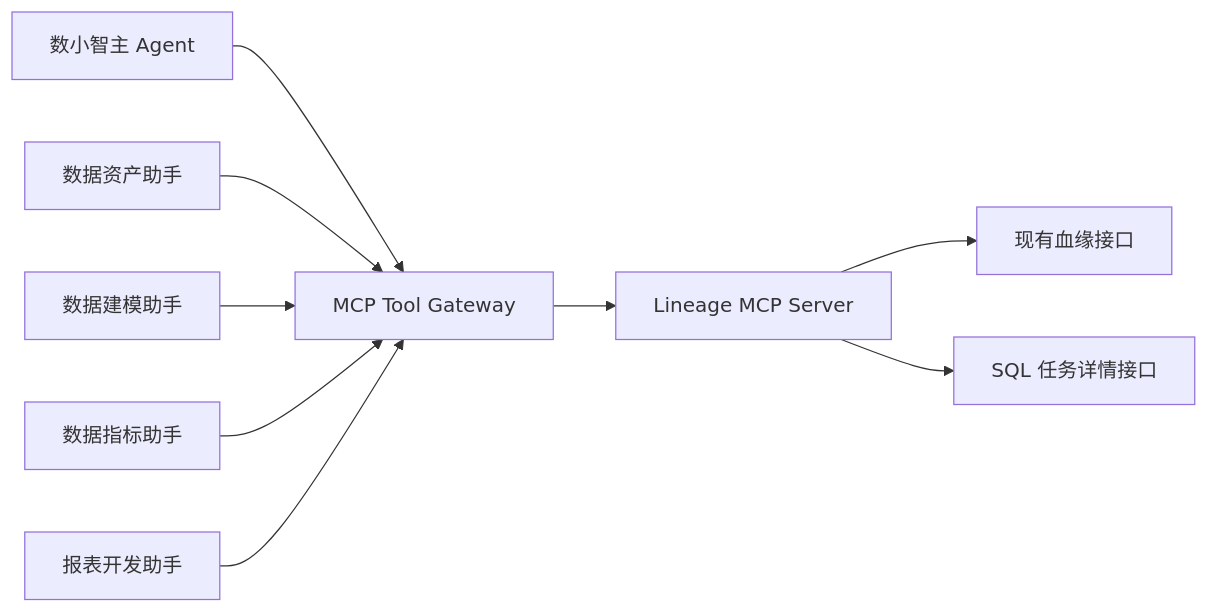
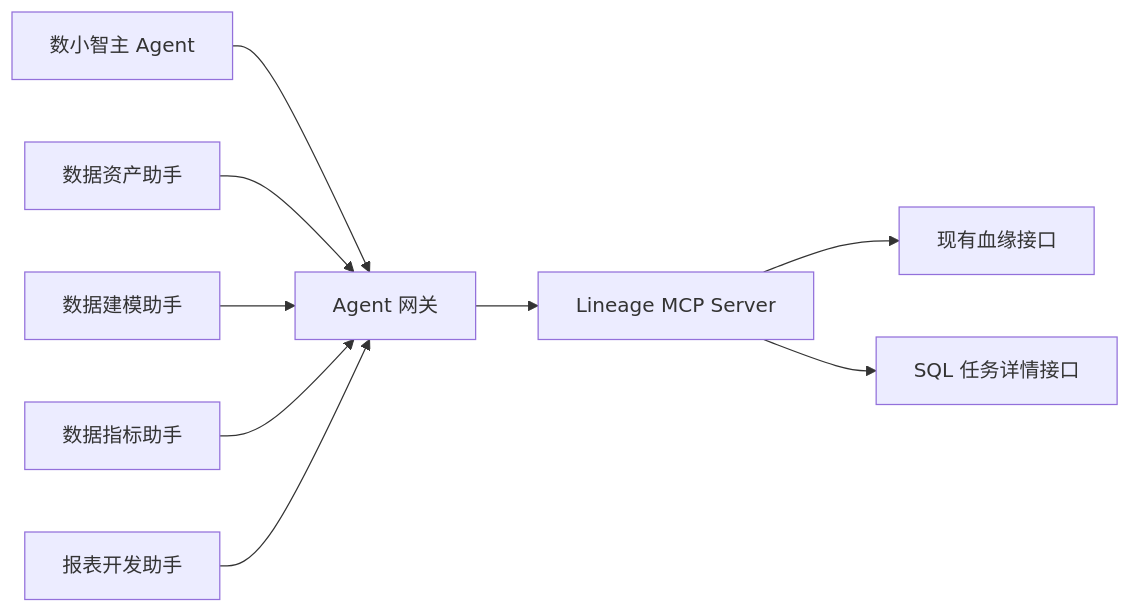
Before and after one commit to ShaneLiu001/dataasset: the second of 4 diagrams in 数据资产助手/92-附录-数据资产助手子Agent功能设计/06_数据血缘SubAgent功能设计.md, drawn with Mermaid. The commit also changed other lines of this file and 17 other files, not shown here.

````diff
--- a/数据资产助手/92-附录-数据资产助手子Agent功能设计/06_数据血缘SubAgent功能设计.md
+++ b/数据资产助手/92-附录-数据资产助手子Agent功能设计/06_数据血缘SubAgent功能设计.md
@@ -187,12 +187,12 @@
 ```mermaid
 flowchart LR
-  Xiaozhi[数小智主 Agent] --> Gateway[MCP Tool Gateway]
+  Xiaozhi[数小智主 Agent] --> Gateway[Agent 网关]
   AssetAgent[数据资产助手] --> Gateway
   ModelingAgent[数据建模助手] --> Gateway
   MetricAgent[数据指标助手] --> Gateway
   ReportAgent[报表开发助手] --> Gateway
 
   Gateway --> LineageMcp[Lineage MCP Server]
   LineageMcp --> LineageApi[现有血缘接口]
   LineageMcp --> TaskApi[SQL 任务详情接口]
 ```
````
